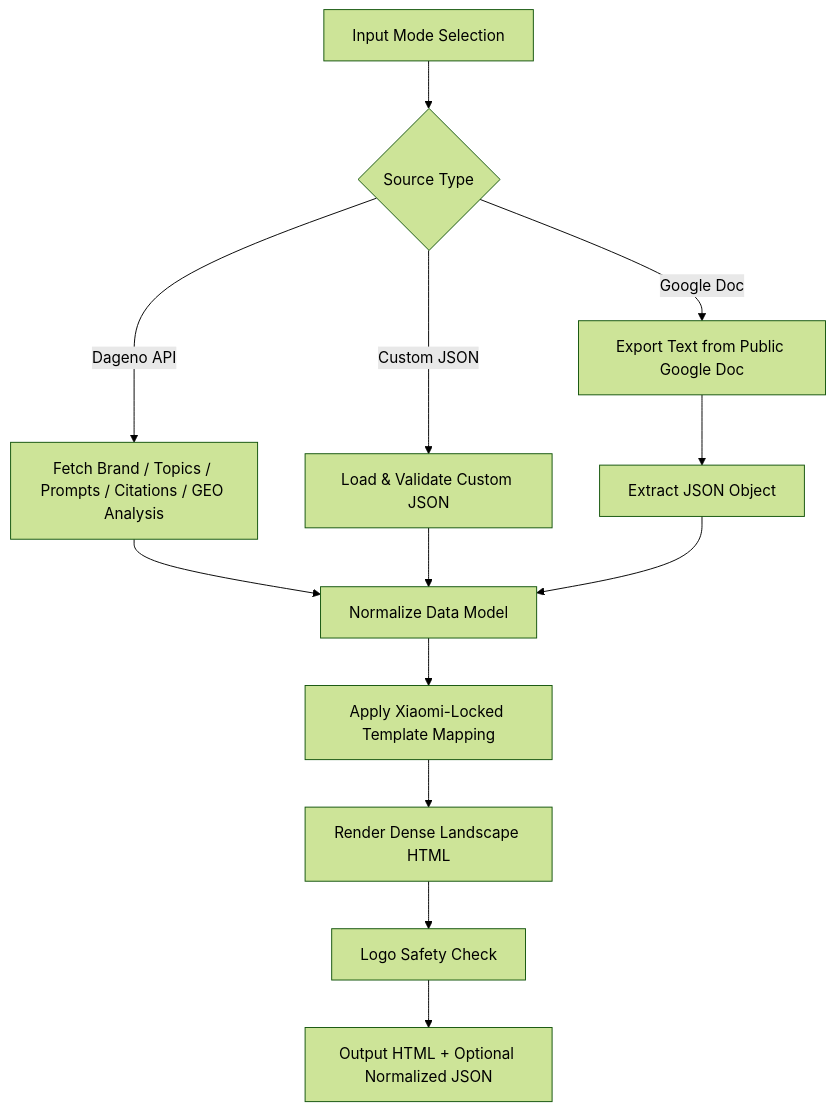
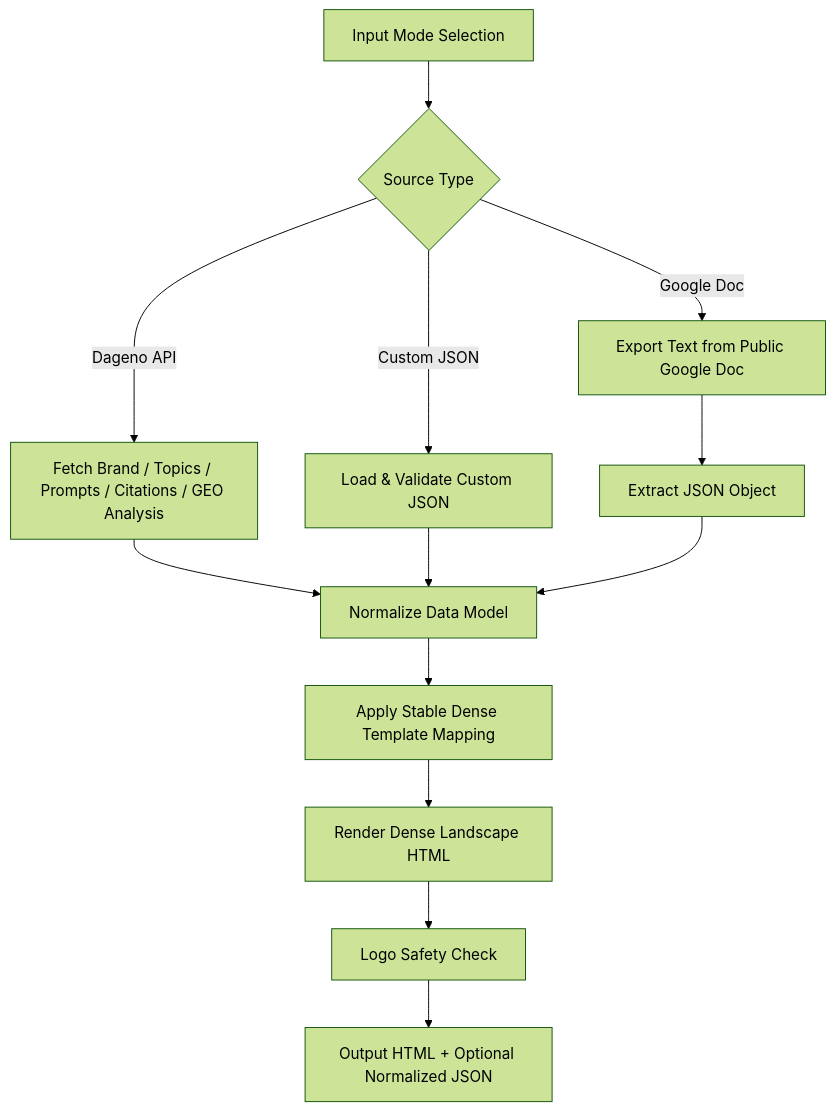
One commit to dageno-agents/brand-ai-performance-check changed the diagram in docs/WORKFLOW.md. Above: the diagram before and after it, drawn with Mermaid (forest theme). The commit also changed 4 other files, not shown here.

````diff
--- a/docs/WORKFLOW.md
+++ b/docs/WORKFLOW.md
@@ -5,15 +5,15 @@
 ```mermaid
 flowchart TD
     A[Input Mode Selection] --> B{Source Type}
     B -->|Dageno API| C[Fetch Brand / Topics / Prompts / Citations / GEO Analysis]
     B -->|Custom JSON| D[Load & Validate Custom JSON]
     B -->|Google Doc| E[Export Text from Public Google Doc]
     E --> F[Extract JSON Object]
     C --> G[Normalize Data Model]
     D --> G
     F --> G
-    G --> H[Apply Xiaomi-Locked Template Mapping]
+    G --> H[Apply Stable Dense Template Mapping]
     H --> I[Render Dense Landscape HTML]
     I --> J[Logo Safety Check]
     J --> K[Output HTML + Optional Normalized JSON]
 ```
````
